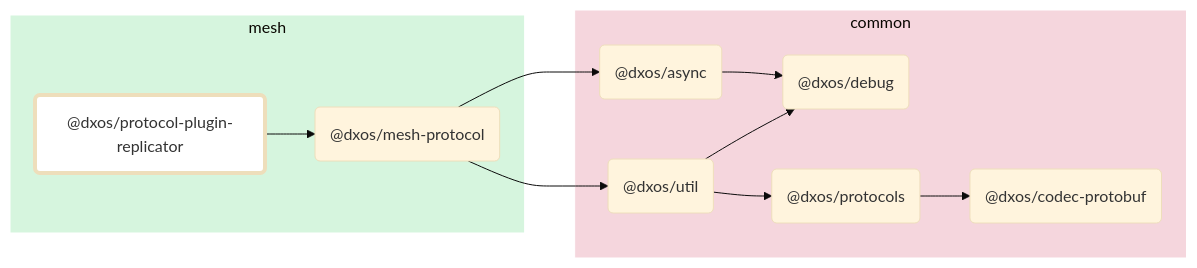
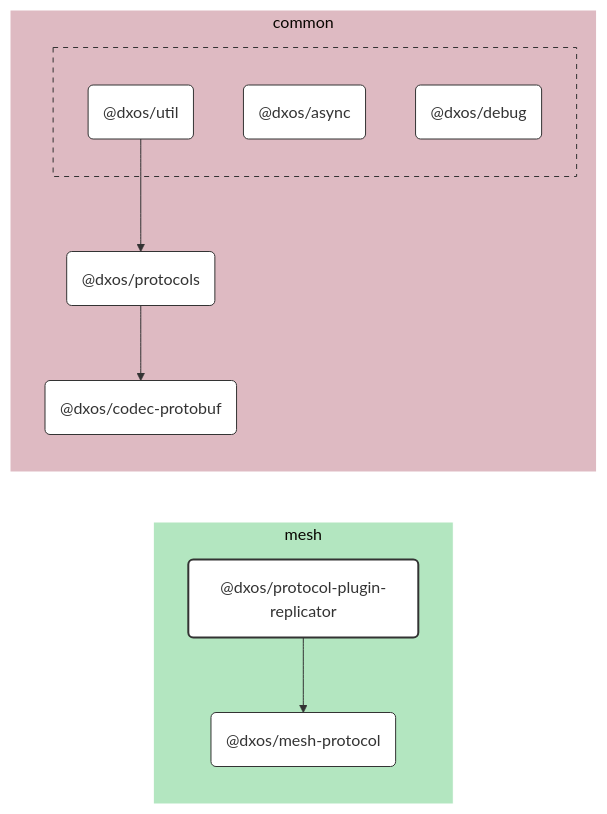
The diagram in packages/mesh/protocol-plugin-replicator/docs/README.md (dxos/dxos), drawn with Mermaid (base theme) before and after one commit. The commit also changed 100 other files, not shown here.

````diff
--- a/packages/mesh/protocol-plugin-replicator/docs/README.md
+++ b/packages/mesh/protocol-plugin-replicator/docs/README.md
@@ -7,35 +7,56 @@
 ```mermaid
-flowchart LR;
+%%{ init: {'flowchart':{'curve':'basis'}} }%%
 
-style dxos/protocol-plugin-replicator fill:#fff,stroke-width:4px;
+flowchart LR
 
-click dxos/async "https:/github.com/dxos/dxos/tree/main/packages/common/async/docs";
-click dxos/debug "https:/github.com/dxos/dxos/tree/main/packages/common/debug/docs";
-click dxos/codec-protobuf "https:/github.com/dxos/dxos/tree/main/packages/common/codec-protobuf/docs";
-click dxos/mesh-protocol "https:/github.com/dxos/dxos/tree/main/packages/mesh/mesh-protocol/docs";
-click dxos/util "https:/github.com/dxos/dxos/tree/main/packages/common/util/docs";
-click dxos/protocols "https:/github.com/dxos/dxos/tree/main/packages/common/protocols/docs";
+%% Links
+dxos/protocol-plugin-replicator --> dxos/mesh-protocol;
+dxos/protocols --> dxos/codec-protobuf;
+dxos/util --> dxos/protocols;
 
+%% Sections
 subgraph mesh
-  style mesh fill:#d6f5de,stroke:#fff;
-  dxos/protocol-plugin-replicator("@dxos/protocol-plugin-replicator");
-  dxos/mesh-protocol("@dxos/mesh-protocol");
+  style mesh fill:#b3e6c0,stroke:#fff;
+
+  dxos/mesh-protocol("@dxos/mesh-protocol")
+  dxos/protocol-plugin-replicator("@dxos/protocol-plugin-replicator")
 end
 
 subgraph common
-  style common fill:#f5d6dd,stroke:#fff;
-  dxos/async("@dxos/async");
-  dxos/debug("@dxos/debug");
-  dxos/codec-protobuf("@dxos/codec-protobuf");
-  dxos/util("@dxos/util");
-  dxos/protocols("@dxos/protocols");
+  style common fill:#debac2,stroke:#fff;
+
+  dxos/codec-protobuf("@dxos/codec-protobuf")
+  dxos/protocols("@dxos/protocols")
+
+  subgraph common-excluded [ ]
+    style common-excluded fill:#debac2,stroke:#333,stroke-dasharray:5 5;
+
+    dxos/async("@dxos/async")
+    dxos/debug("@dxos/debug")
+    dxos/util("@dxos/util")
+  end
 end
 
-dxos/async --> dxos/debug;
-dxos/protocol-plugin-replicator --> dxos/mesh-protocol;
-dxos/mesh-protocol --> dxos/async;
-dxos/mesh-protocol --> dxos/util;
-dxos/util --> dxos/debug;
-dxos/util --> dxos/protocols;
-dxos/protocols --> dxos/codec-protobuf;
+
+%% Hyperlinks
+click dxos/async href "https:/github.com/dxos/dxos/tree/main/packages/common/async/docs";
+click dxos/codec-protobuf href "https:/github.com/dxos/dxos/tree/main/packages/common/codec-protobuf/docs";
+click dxos/debug href "https:/github.com/dxos/dxos/tree/main/packages/common/debug/docs";
+click dxos/mesh-protocol href "https:/github.com/dxos/dxos/tree/main/packages/mesh/mesh-protocol/docs";
+click dxos/protocols href "https:/github.com/dxos/dxos/tree/main/packages/common/protocols/docs";
+click dxos/util href "https:/github.com/dxos/dxos/tree/main/packages/common/util/docs";
+
+%% Styles
+classDef rootNode fill:#fff,stroke:#333,stroke-width:2px
+classDef defaultNode fill:#fff,stroke:#333,stroke-width:1px
+linkStyle default stroke:#333,stroke-width:1px
+
+dxos/protocol-plugin-replicator:::rootNode
+
+dxos/async:::defaultNode
+dxos/codec-protobuf:::defaultNode
+dxos/debug:::defaultNode
+dxos/mesh-protocol:::defaultNode
+dxos/protocols:::defaultNode
+dxos/util:::defaultNode
 ```
````
